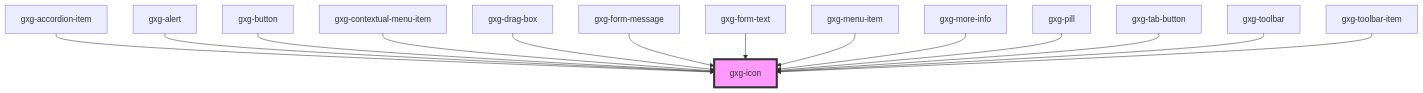
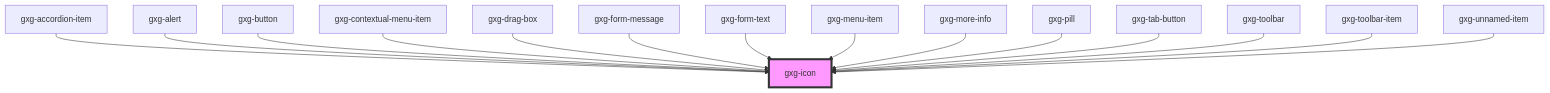
One commit to genexuslabs/gemini changed the diagram in src/components/icon/readme.md. Above: the diagram before and after it, drawn with Mermaid. The commit also changed other lines of this file and 9 other files, not shown here.

Commit message:
gxg-unnamed component

````diff
--- a/src/components/icon/readme.md
+++ b/src/components/icon/readme.md
@@ -34,17 +35,18 @@
 ```mermaid
 graph TD;
   gxg-accordion-item --> gxg-icon
   gxg-alert --> gxg-icon
   gxg-button --> gxg-icon
   gxg-contextual-menu-item --> gxg-icon
   gxg-drag-box --> gxg-icon
   gxg-form-message --> gxg-icon
   gxg-form-text --> gxg-icon
   gxg-menu-item --> gxg-icon
   gxg-more-info --> gxg-icon
   gxg-pill --> gxg-icon
   gxg-tab-button --> gxg-icon
   gxg-toolbar --> gxg-icon
   gxg-toolbar-item --> gxg-icon
+  gxg-unnamed-item --> gxg-icon
   style gxg-icon fill:#f9f,stroke:#333,stroke-width:4px
 ```
````
